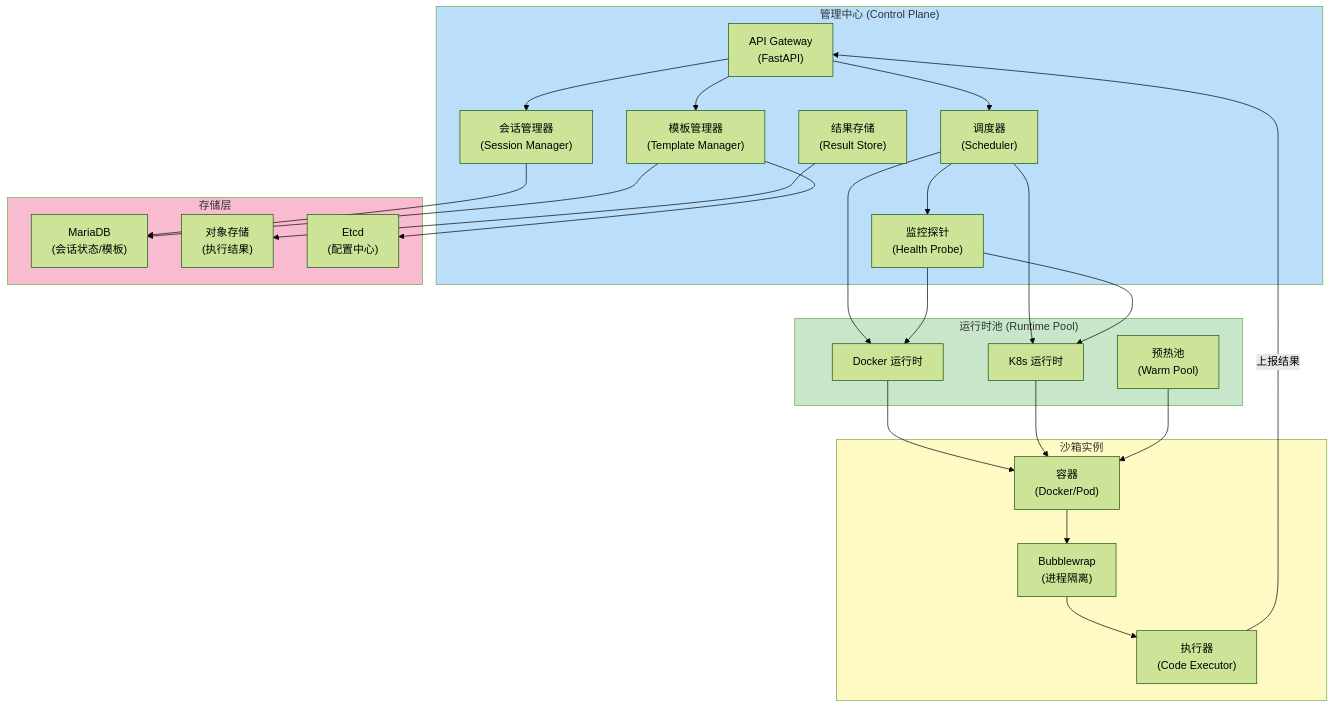
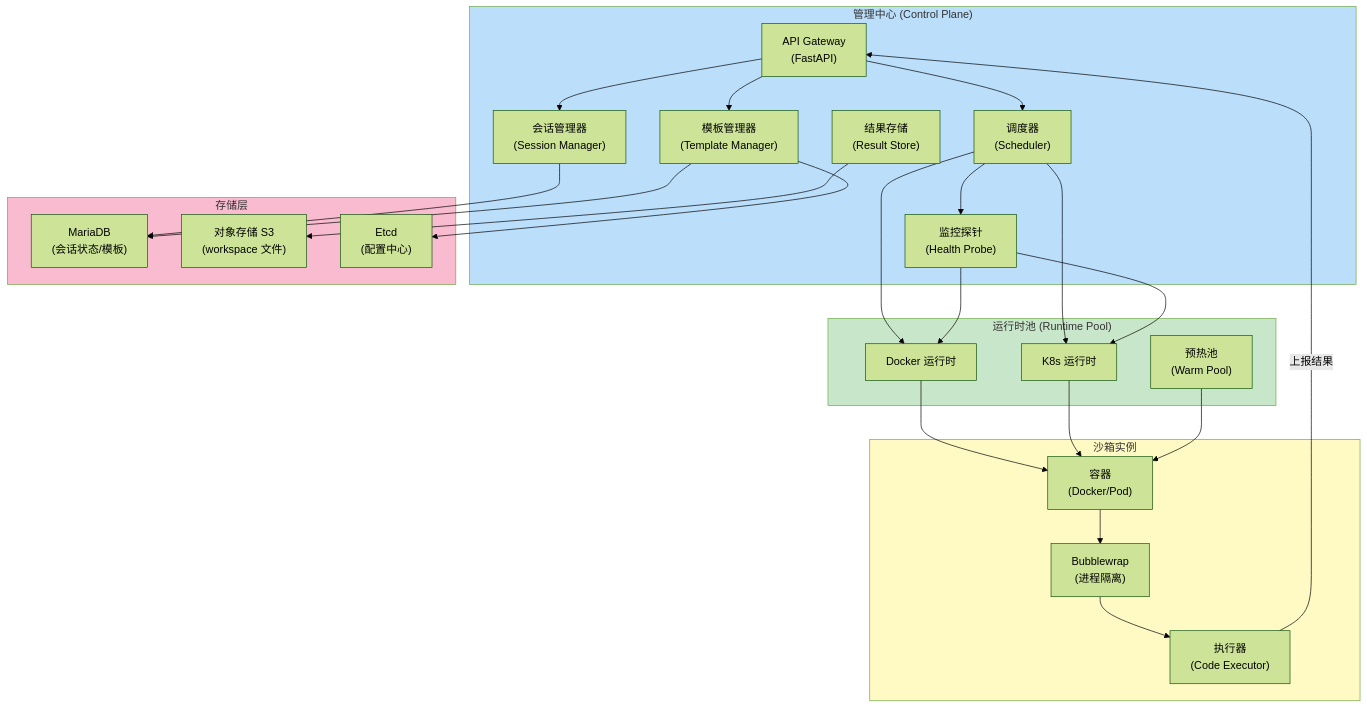
The second of 5 diagrams in docs/sandbox-design-v2.1.md (kweaver-ai/sandbox), drawn with Mermaid (forest theme) before and after one commit. The commit also changed other lines of this file and 3 other files, not shown here.

First line of the commit message:
``` docs(sandbox): update architecture design with S3 volume mounting

````diff
--- a/docs/sandbox-design-v2.1.md
+++ b/docs/sandbox-design-v2.1.md
@@ -110,55 +53,55 @@
 ```mermaid
 graph TB
     subgraph ControlPlane["管理中心 (Control Plane)"]
         API["API Gateway<br/>(FastAPI)"]
         Scheduler["调度器<br/>(Scheduler)"]
         SessionMgr["会话管理器<br/>(Session Manager)"]
         TemplateMgr["模板管理器<br/>(Template Manager)"]
         Monitor["监控探针<br/>(Health Probe)"]
         ResultStore["结果存储<br/>(Result Store)"]
     end
     
     subgraph RuntimePool["运行时池 (Runtime Pool)"]
         DockerRuntime["Docker 运行时"]
         K8sRuntime["K8s 运行时"]
         WarmPool["预热池<br/>(Warm Pool)"]
     end
     
     subgraph Sandbox["沙箱实例"]
         Container["容器<br/>(Docker/Pod)"]
         BubbleWrap["Bubblewrap<br/>(进程隔离)"]
         Executor["执行器<br/>(Code Executor)"]
     end
     
     subgraph Storage["存储层"]
         MariaDB["MariaDB<br/>(会话状态/模板)"]
-        S3["对象存储<br/>(执行结果)"]
+        S3["对象存储 S3<br/>(workspace 文件)"]
         Etcd["Etcd<br/>(配置中心)"]
     end
 
     API --> Scheduler
     API --> SessionMgr
     API --> TemplateMgr
     Scheduler --> Monitor
     Scheduler --> DockerRuntime
     Scheduler --> K8sRuntime
     SessionMgr --> MariaDB
     TemplateMgr --> MariaDB
     Monitor --> DockerRuntime
     Monitor --> K8sRuntime
     ResultStore --> S3
     
     DockerRuntime --> Container
     K8sRuntime --> Container
     WarmPool --> Container
     Container --> BubbleWrap
     BubbleWrap --> Executor
     Executor -->|上报结果| API
     
     TemplateMgr --> Etcd
     
     style ControlPlane fill:#bbdefb
     style RuntimePool fill:#c8e6c9
     style Sandbox fill:#fff9c4
     style Storage fill:#f8bbd0
 ```
````
